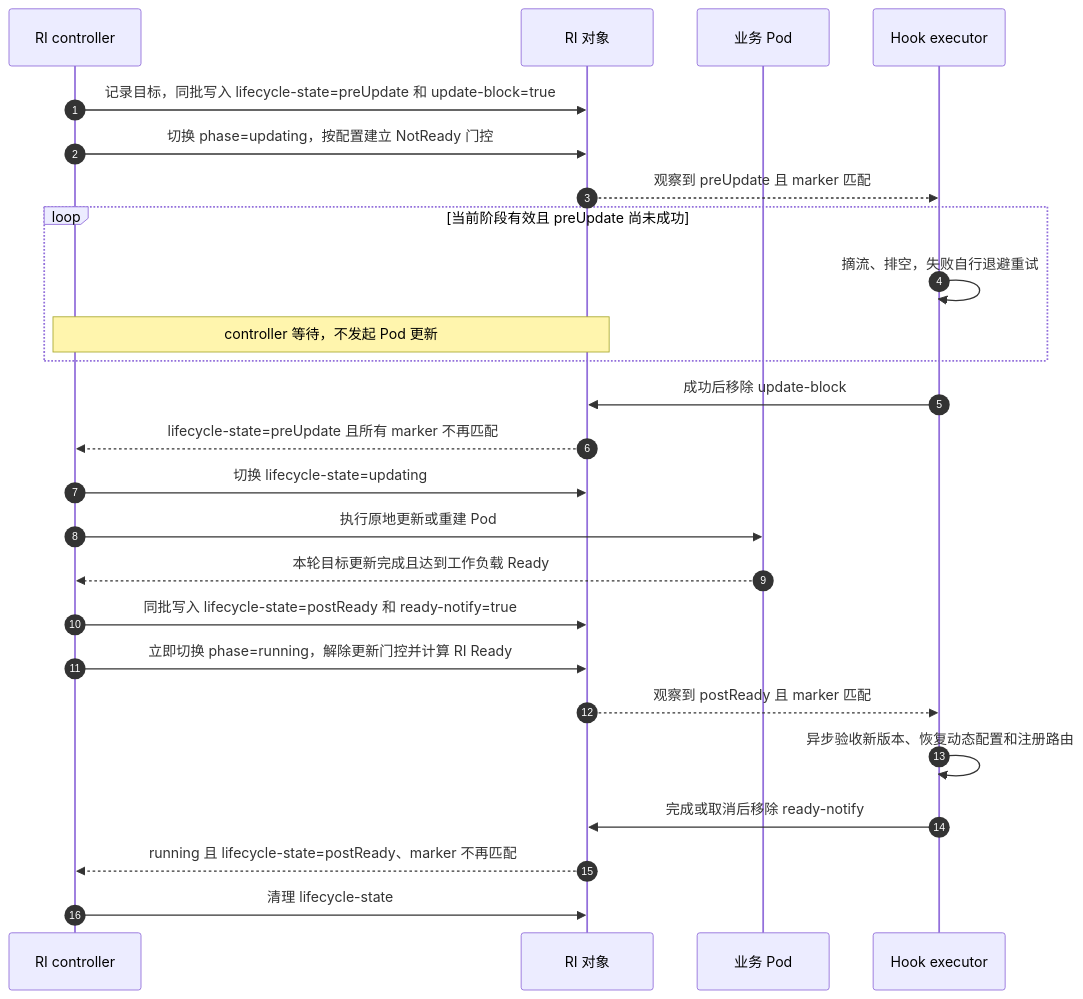
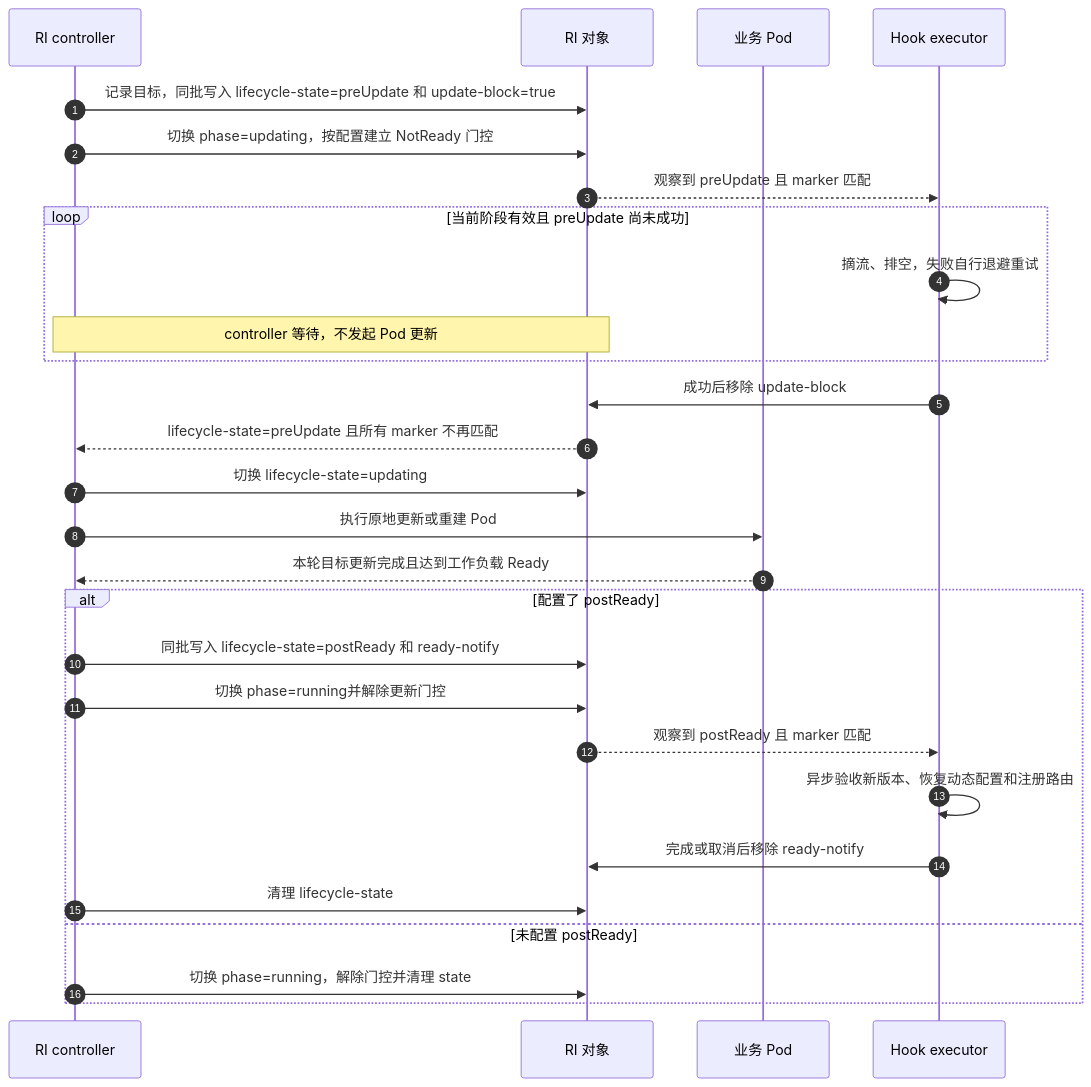
One commit to sgl-project/rbg changed the first of 4 diagrams in keps/527-roleinstance-lifecycle/README.zh-CN.md. Above: the diagram before and after it, drawn with Mermaid. The commit also changed other lines of this file and 1 other file, not shown here.

````diff
--- a/keps/527-roleinstance-lifecycle/README.zh-CN.md
+++ b/keps/527-roleinstance-lifecycle/README.zh-CN.md
@@ -313,27 +316,30 @@
 ```mermaid
 sequenceDiagram
     autonumber
     participant C as RI controller
     participant R as RI 对象
     participant P as 业务 Pod
     participant E as Hook executor
     C->>R: 记录目标，同批写入 lifecycle-state=preUpdate 和 update-block=true
     C->>R: 切换 phase=updating，按配置建立 NotReady 门控
     R-->>E: 观察到 preUpdate 且 marker 匹配
     loop 当前阶段有效且 preUpdate 尚未成功
         E->>E: 摘流、排空，失败自行退避重试
         Note over C,R: controller 等待，不发起 Pod 更新
     end
     E->>R: 成功后移除 update-block
     R-->>C: lifecycle-state=preUpdate 且所有 marker 不再匹配
     C->>R: 切换 lifecycle-state=updating
     C->>P: 执行原地更新或重建 Pod
     P-->>C: 本轮目标更新完成且达到工作负载 Ready
-    C->>R: 同批写入 lifecycle-state=postReady 和 ready-notify=true
-    C->>R: 立即切换 phase=running，解除更新门控并计算 RI Ready
-    R-->>E: 观察到 postReady 且 marker 匹配
-    E->>E: 异步验收新版本、恢复动态配置和注册路由
-    E->>R: 完成或取消后移除 ready-notify
-    R-->>C: running 且 lifecycle-state=postReady、marker 不再匹配
-    C->>R: 清理 lifecycle-state
+    alt 配置了 postReady
+        C->>R: 同批写入 lifecycle-state=postReady 和 ready-notify
+        C->>R: 切换 phase=running并解除更新门控
+        R-->>E: 观察到 postReady 且 marker 匹配
+        E->>E: 异步验收新版本、恢复动态配置和注册路由
+        E->>R: 完成或取消后移除 ready-notify
+        C->>R: 清理 lifecycle-state
+    else 未配置 postReady
+        C->>R: 切换 phase=running，解除门控并清理 state
+    end
 ```
````
